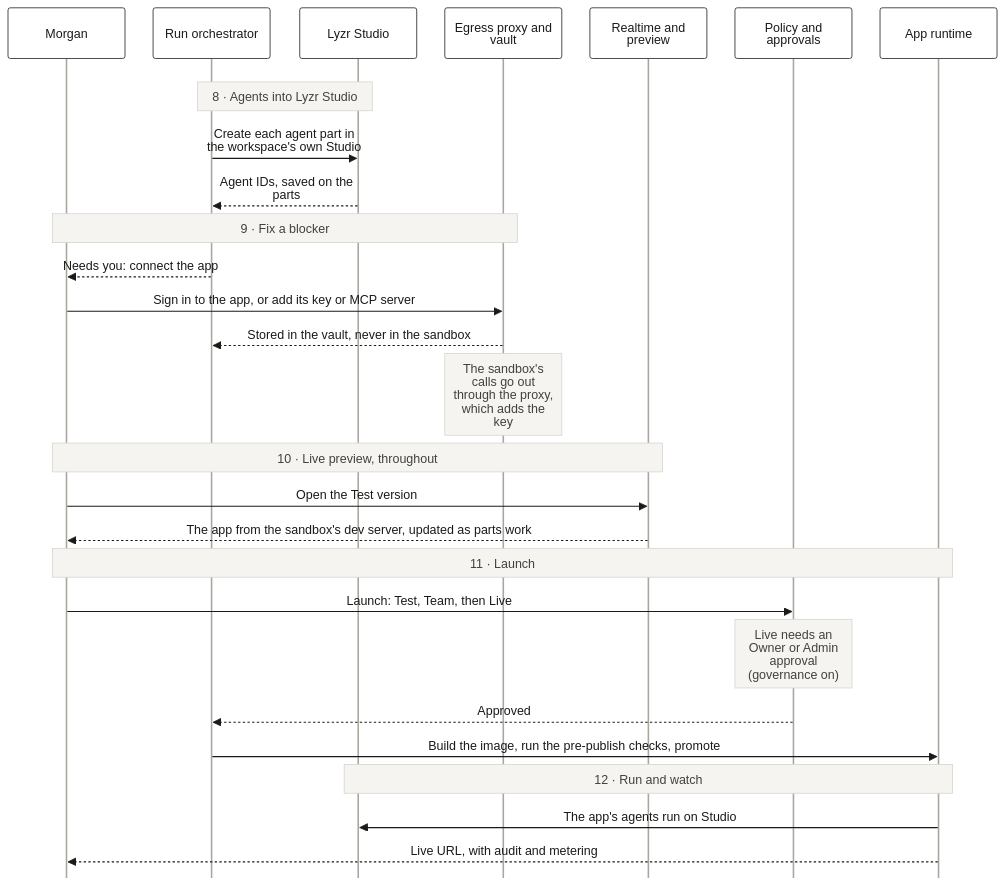
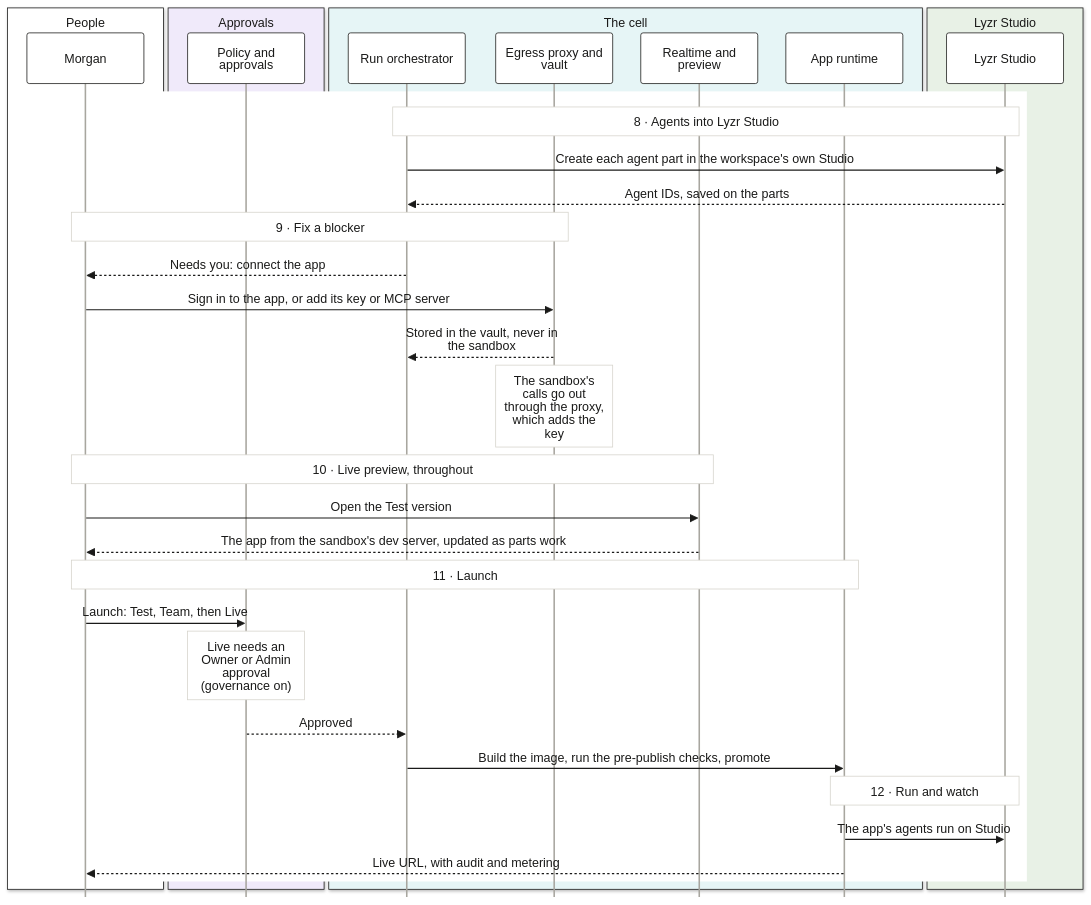
Before and after one commit to netanyaj/architect-2: the diagram in docs/product/diagrams/src/A2b-blocker-to-live.mmd, drawn with Mermaid. The commit also changed 32 other files, not shown here.

```diff
--- a/docs/product/diagrams/src/A2b-blocker-to-live.mmd
+++ b/docs/product/diagrams/src/A2b-blocker-to-live.mmd
@@ -1,31 +1,39 @@
-%%{init: {"theme":"base","themeVariables":{"fontFamily":"Arial","fontSize":"15px","primaryColor":"#FFFFFF","primaryBorderColor":"#1A1A19","primaryTextColor":"#1A1A19","lineColor":"#1A1A19","secondaryColor":"#FFFFFF","tertiaryColor":"#FFFFFF","clusterBkg":"#F5F4F0","clusterBorder":"#D6D4CC","edgeLabelBackground":"#FFFFFF","actorBkg":"#FFFFFF","actorBorder":"#1A1A19","actorTextColor":"#1A1A19","actorLineColor":"#A8A69F","signalColor":"#1A1A19","signalTextColor":"#1A1A19","noteBkgColor":"#F5F4F0","noteBorderColor":"#D6D4CC","noteTextColor":"#42413D","labelBoxBkgColor":"#FFFFFF","labelBoxBorderColor":"#1A1A19","labelTextColor":"#1A1A19","loopTextColor":"#1A1A19","activationBkgColor":"#F5F4F0","activationBorderColor":"#1A1A19","sequenceNumberColor":"#FFFFFF"},"sequence":{"mirrorActors":false,"actorMargin":36,"wrap":true,"width":150}}}%%
+%%{init: {"theme":"base","themeVariables":{"fontFamily":"Arial","fontSize":"15px","primaryColor":"#FFFFFF","primaryBorderColor":"#1A1A19","primaryTextColor":"#1A1A19","lineColor":"#1A1A19","secondaryColor":"#FFFFFF","tertiaryColor":"#FFFFFF","clusterBkg":"#FFFFFF","clusterBorder":"#D6D4CC","edgeLabelBackground":"#FFFFFF","actorBkg":"#FFFFFF","actorBorder":"#1A1A19","actorTextColor":"#1A1A19","actorLineColor":"#A8A69F","signalColor":"#1A1A19","signalTextColor":"#1A1A19","noteBkgColor":"#FFFFFF","noteBorderColor":"#D6D4CC","noteTextColor":"#1A1A19","labelBoxBkgColor":"#FFFFFF","labelBoxBorderColor":"#1A1A19","labelTextColor":"#1A1A19","loopTextColor":"#1A1A19","activationBkgColor":"#F5F4F0","activationBorderColor":"#1A1A19","sequenceNumberColor":"#FFFFFF","textColor":"#1A1A19","titleColor":"#1A1A19","nodeTextColor":"#1A1A19"},"sequence":{"mirrorActors":false,"actorMargin":36,"wrap":true,"width":150}}}%%
 sequenceDiagram
-  participant M as Morgan
-  participant OR as Run orchestrator
-  participant LS as Lyzr Studio
-  participant EV as Egress proxy and vault
-  participant RP as Realtime and preview
-  participant PA as Policy and approvals
-  participant RT as App runtime
+  box rgb(255, 255, 255) People
+    participant M as Morgan
+  end
+  box rgb(240, 234, 250) Approvals
+    participant PA as Policy and approvals
+  end
+  box rgb(230, 245, 246) The cell
+    participant OR as Run orchestrator
+    participant EV as Egress proxy and vault
+    participant RP as Realtime and preview
+    participant RT as App runtime
+  end
+  box rgb(232, 241, 230) Lyzr Studio
+    participant LS as Lyzr Studio
+  end
   %% A white card, so ink lines read on GitHub's dark theme too
   rect rgb(255, 255, 255)
     Note over OR,LS: 8 · Agents into Lyzr Studio
     OR->>LS: Create each agent part in the workspace's own Studio
     LS-->>OR: Agent IDs, saved on the parts
     Note over M,EV: 9 · Fix a blocker
     OR-->>M: Needs you: connect the app
     M->>EV: Sign in to the app, or add its key or MCP server
     EV-->>OR: Stored in the vault, never in the sandbox
     Note over EV: The sandbox's calls go out through the proxy, which adds the key
     Note over M,RP: 10 · Live preview, throughout
     M->>RP: Open the Test version
     RP-->>M: The app from the sandbox's dev server, updated as parts work
     Note over M,RT: 11 · Launch
     M->>PA: Launch: Test, Team, then Live
     Note over PA: Live needs an Owner or Admin approval (governance on)
     PA-->>OR: Approved
     OR->>RT: Build the image, run the pre-publish checks, promote
     Note over LS,RT: 12 · Run and watch
     RT->>LS: The app's agents run on Studio
     RT-->>M: Live URL, with audit and metering
   end
```
